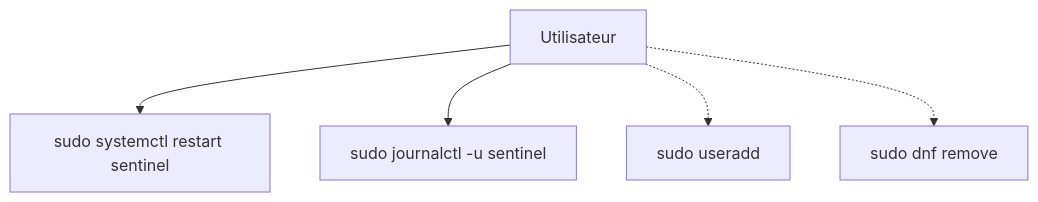
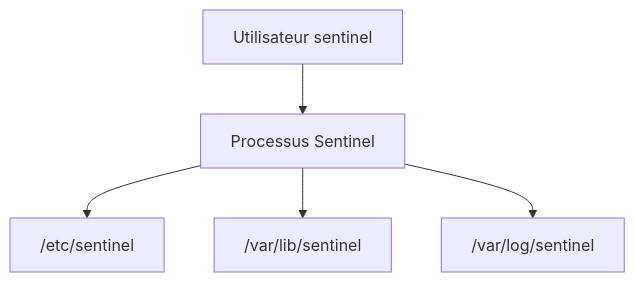
Diagram 14 of 21 in campagne 1/1.7.md (tdelaclos/formations), drawn with Mermaid before and after one commit. The commit also changed other lines of this file, not shown here.

````diff
--- a/campagne 1/1.7.md
+++ b/campagne 1/1.7.md
@@ -556,12 +823,21 @@
 ```mermaid
 flowchart TD
 
-A["Utilisateur"]
+A["Utilisateur sentinel"]
 
-A --> B["sudo systemctl restart sentinel"]
+B["Processus Sentinel"]
 
-A --> C["sudo journalctl -u sentinel"]
+C["/etc/sentinel"]
 
-A -.-> D["sudo useradd"]
-A -.-> E["sudo dnf remove"]
+D["/var/lib/sentinel"]
+
+E["/var/log/sentinel"]
+
+A --> B
+
+B --> C
+
+B --> D
+
+B --> E
 ```
````
